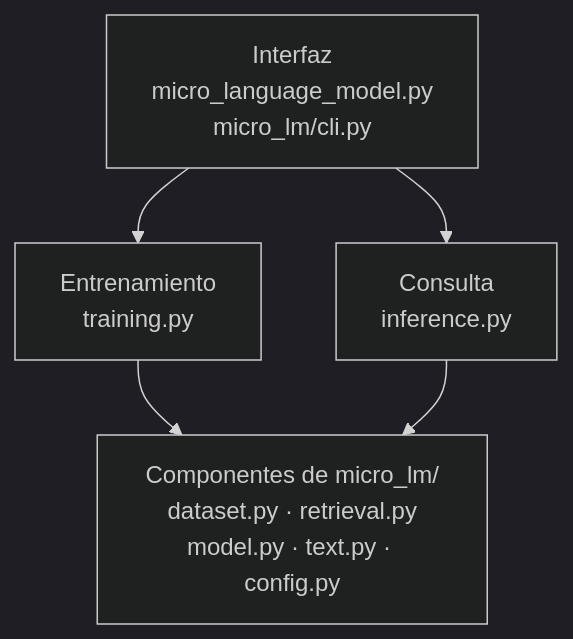
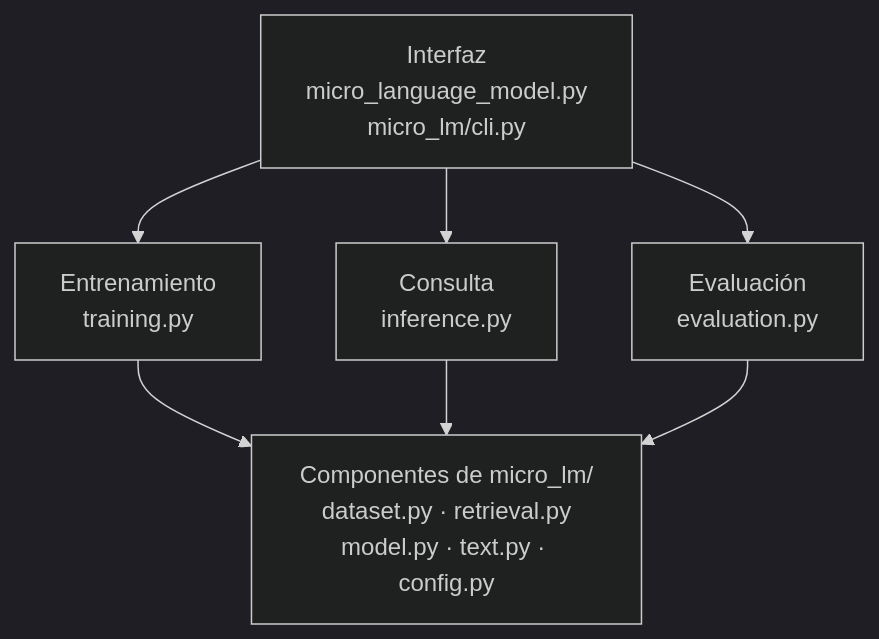
Before and after one commit to liljemery/micro-language-model: the diagram in README.md, drawn with Mermaid (dark theme). The commit also changed other lines of this file and 11 other files, not shown here.

````diff
--- a/README.md
+++ b/README.md
@@ -58,12 +68,15 @@
 ```mermaid
 flowchart TD
     cli["Interfaz<br/>micro_language_model.py<br/>micro_lm/cli.py"]
     training["Entrenamiento<br/>training.py"]
     inference["Consulta<br/>inference.py"]
+    evaluation["Evaluación<br/>evaluation.py"]
     components["Componentes de micro_lm/<br/>dataset.py · retrieval.py<br/>model.py · text.py · config.py"]
 
     cli --> training
     cli --> inference
+    cli --> evaluation
     training --> components
     inference --> components
+    evaluation --> components
 ```
````
